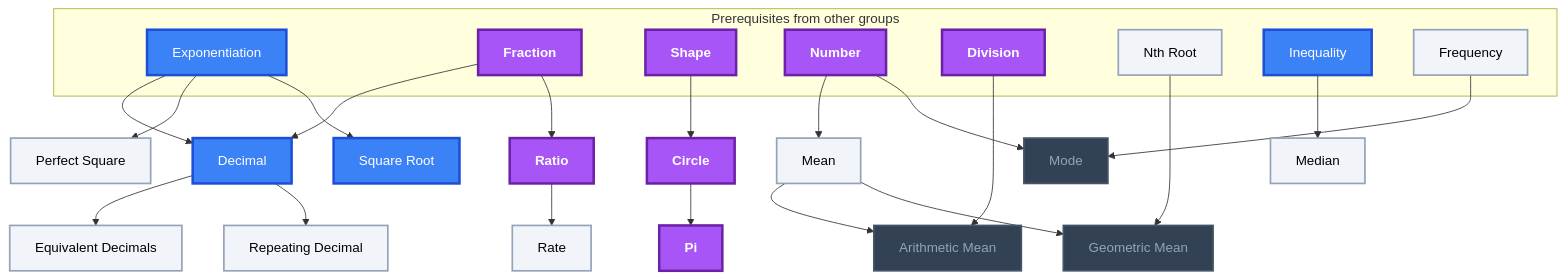
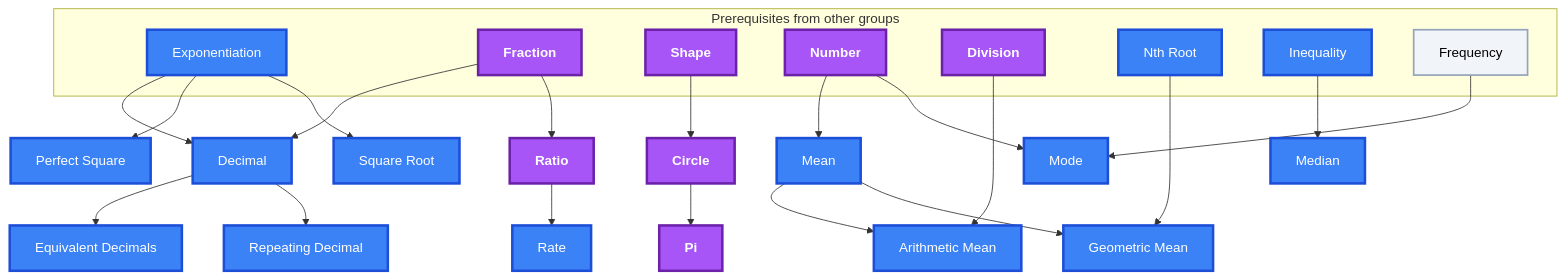
The fifth of 10 diagrams in Gamification/Skill Trees/Pre-Algebra.md (MRauf1/My-Notes), drawn with Mermaid before and after one commit. The commit also changed other lines of this file and 145 other files, not shown here.

````diff
--- a/Gamification/Skill Trees/Pre-Algebra.md
+++ b/Gamification/Skill Trees/Pre-Algebra.md
@@ -265,59 +257,58 @@
 ```mermaid
 flowchart TD
     classDef planned fill:#1E293B,stroke:#64748B,stroke-width:2px,stroke-dasharray:5 5,color:#94A3B8;
     classDef locked fill:#334155,stroke:#475569,stroke-width:2px,color:#94A3B8;
     classDef L0 fill:#F1F5F9,stroke:#94A3B8,stroke-width:2px,color:#000000;
     classDef L1 fill:#22C55E,stroke:#15803D,stroke-width:2px,color:#000000;
     classDef L2 fill:#3B82F6,stroke:#1D4ED8,stroke-width:3px,color:#FFFFFF;
     classDef L3 fill:#A855F7,stroke:#6B21A8,stroke-width:3px,color:#FFFFFF,font-weight:bold;
     classDef L4 fill:#F97316,stroke:#C2410C,stroke-width:4px,color:#000000,font-weight:bold;
     classDef L5 fill:#FFD700,stroke:#FF8C00,stroke-width:5px,color:#000000,font-weight:bold;
     classDef rusty stroke:#8B4513,stroke-width:4px,stroke-dasharray:3 3;
     subgraph sg_prereqs["Prerequisites from other groups"]
         n_exponentiation["Exponentiation"]
         n_fraction["Fraction"]
         n_shape["Shape"]
         n_number["Number"]
         n_division["Division"]
         n_nth_root["Nth Root"]
         n_inequality["Inequality"]
         n_frequency["Frequency"]
     end
     n_decimal["Decimal"]
     n_equivalent_decimals["Equivalent Decimals"]
     n_repeating_decimal["Repeating Decimal"]
     n_circle["Circle"]
     n_pi["Pi"]
     n_mean["Mean"]
     n_arithmetic_mean["Arithmetic Mean"]
     n_geometric_mean["Geometric Mean"]
     n_median["Median"]
     n_mode["Mode"]
     n_ratio["Ratio"]
     n_rate["Rate"]
     n_perfect_square["Perfect Square"]
     n_square_root["Square Root"]
     n_exponentiation --> n_decimal
     n_fraction --> n_decimal
     n_decimal --> n_equivalent_decimals
     n_decimal --> n_repeating_decimal
     n_shape --> n_circle
     n_circle --> n_pi
     n_number --> n_mean
     n_division --> n_arithmetic_mean
     n_mean --> n_arithmetic_mean
     n_nth_root --> n_geometric_mean
     n_mean --> n_geometric_mean
     n_inequality --> n_median
     n_number --> n_mode
     n_fraction --> n_ratio
     n_ratio --> n_rate
     n_exponentiation --> n_perfect_square
     n_exponentiation --> n_square_root
     n_frequency --> n_mode
-    class n_arithmetic_mean,n_geometric_mean,n_mode locked;
-    class n_nth_root,n_frequency,n_equivalent_decimals,n_repeating_decimal,n_mean,n_median,n_rate,n_perfect_square L0;
-    class n_exponentiation,n_inequality,n_decimal,n_square_root L2;
+    class n_frequency L0;
+    class n_exponentiation,n_nth_root,n_inequality,n_decimal,n_equivalent_decimals,n_repeating_decimal,n_mean,n_arithmetic_mean,n_geometric_mean,n_median,n_mode,n_rate,n_perfect_square,n_square_root L2;
     class n_fraction,n_shape,n_number,n_division,n_circle,n_pi,n_ratio L3;
     class n_exponentiation,n_fraction,n_shape,n_number,n_division,n_nth_root,n_inequality,n_frequency,n_decimal,n_equivalent_decimals,n_repeating_decimal,n_circle,n_pi,n_mean,n_arithmetic_mean,n_geometric_mean,n_median,n_mode,n_ratio,n_rate,n_perfect_square,n_square_root internal-link;
 ```
````
